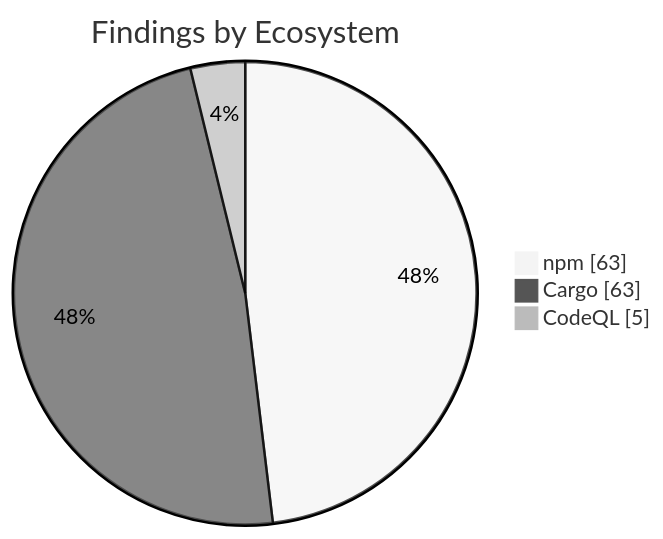
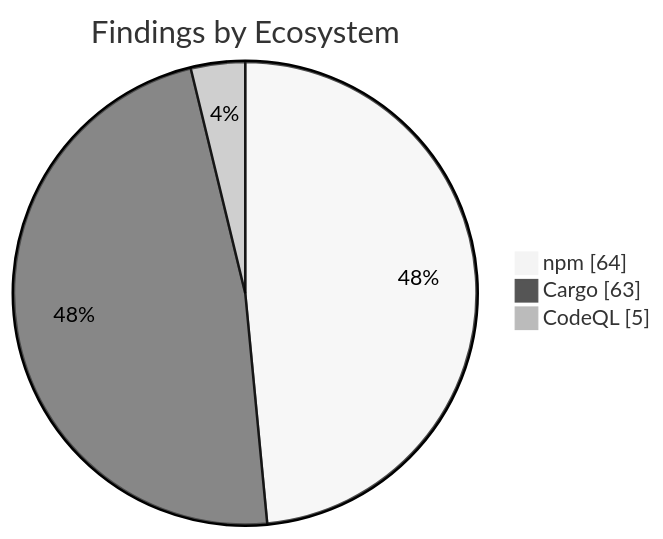
The second of 2 diagrams in apps/kbve/astro-kbve/src/content/docs/dashboard/security.mdx (KBVE/kbve), drawn with Mermaid (neutral theme) before and after one commit. The commit also changed other lines of this file and 8 other files, not shown here.

````diff
--- a/apps/kbve/astro-kbve/src/content/docs/dashboard/security.mdx
+++ b/apps/kbve/astro-kbve/src/content/docs/dashboard/security.mdx
@@ -73,7 +73,7 @@
 ```mermaid
 pie showData
     title Findings by Ecosystem
-    "npm" : 63
+    "npm" : 64
     "Cargo" : 63
     "CodeQL" : 5
 ```
````
